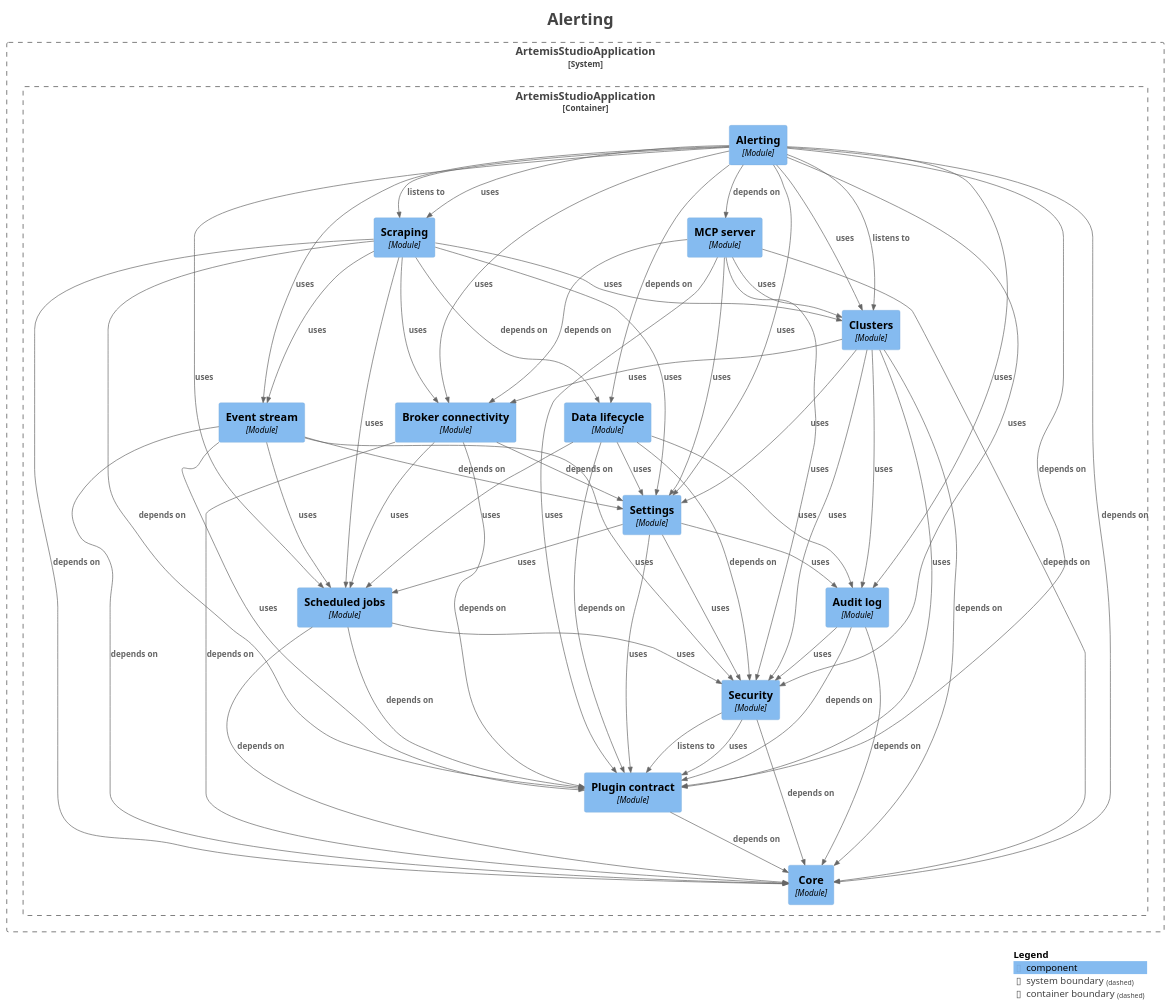
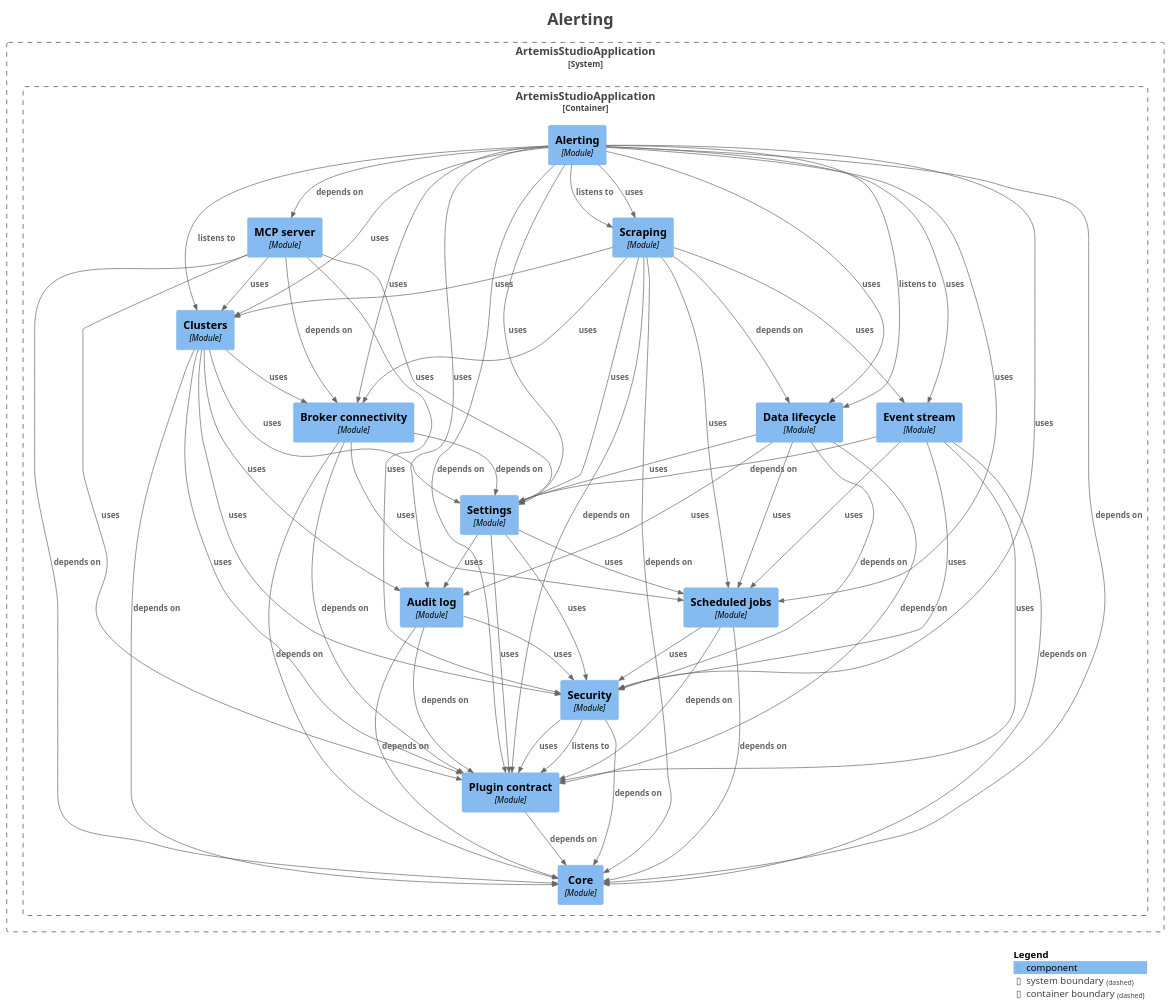
One commit to sudoitir/artemis-studio changed the diagram in docs/modules/module-feature.alerting.puml. Above: the diagram before and after it, drawn with PlantUML. The commit also changed 38 other files, not shown here.

```diff
--- a/docs/modules/module-feature.alerting.puml
+++ b/docs/modules/module-feature.alerting.puml
@@ -1,102 +1,103 @@
 @startuml
 title <size:24>Alerting</size>
 
 set separator none
 top to bottom direction
 
 <style>
   root {
     BackgroundColor: #ffffff
     FontColor: #444444
   }
 </style>
 
 !include <C4/C4>
 !include <C4/C4_Context>
 !include <C4/C4_Component>
 
 System_Boundary("ArtemisStudioApplication_boundary", "ArtemisStudioApplication", $tags="") {
   Container_Boundary("ArtemisStudioApplication.ArtemisStudioApplication_boundary", "ArtemisStudioApplication", $tags="") {
     Component(ArtemisStudioApplication.ArtemisStudioApplication.Settings, "Settings", $techn="Module", $descr="", $tags="", $link="")
     Component(ArtemisStudioApplication.ArtemisStudioApplication.Datalifecycle, "Data lifecycle", $techn="Module", $descr="", $tags="", $link="")
     Component(ArtemisStudioApplication.ArtemisStudioApplication.Eventstream, "Event stream", $techn="Module", $descr="", $tags="", $link="")
     Component(ArtemisStudioApplication.ArtemisStudioApplication.Brokerconnectivity, "Broker connectivity", $techn="Module", $descr="", $tags="", $link="")
     Component(ArtemisStudioApplication.ArtemisStudioApplication.Clusters, "Clusters", $techn="Module", $descr="", $tags="", $link="")
     Component(ArtemisStudioApplication.ArtemisStudioApplication.MCPserver, "MCP server", $techn="Module", $descr="", $tags="", $link="")
     Component(ArtemisStudioApplication.ArtemisStudioApplication.Scraping, "Scraping", $techn="Module", $descr="", $tags="", $link="")
     Component(ArtemisStudioApplication.ArtemisStudioApplication.Alerting, "Alerting", $techn="Module", $descr="", $tags="", $link="")
     Component(ArtemisStudioApplication.ArtemisStudioApplication.Core, "Core", $techn="Module", $descr="", $tags="", $link="")
     Component(ArtemisStudioApplication.ArtemisStudioApplication.Plugincontract, "Plugin contract", $techn="Module", $descr="", $tags="", $link="")
     Component(ArtemisStudioApplication.ArtemisStudioApplication.Security, "Security", $techn="Module", $descr="", $tags="", $link="")
     Component(ArtemisStudioApplication.ArtemisStudioApplication.Auditlog, "Audit log", $techn="Module", $descr="", $tags="", $link="")
     Component(ArtemisStudioApplication.ArtemisStudioApplication.Scheduledjobs, "Scheduled jobs", $techn="Module", $descr="", $tags="", $link="")
   }
 
 }
 
 Rel(ArtemisStudioApplication.ArtemisStudioApplication.Alerting, ArtemisStudioApplication.ArtemisStudioApplication.Auditlog, "uses", $techn="", $tags="", $link="")
 Rel(ArtemisStudioApplication.ArtemisStudioApplication.Alerting, ArtemisStudioApplication.ArtemisStudioApplication.Brokerconnectivity, "uses", $techn="", $tags="", $link="")
 Rel(ArtemisStudioApplication.ArtemisStudioApplication.Alerting, ArtemisStudioApplication.ArtemisStudioApplication.Clusters, "listens to", $techn="", $tags="", $link="")
 Rel(ArtemisStudioApplication.ArtemisStudioApplication.Alerting, ArtemisStudioApplication.ArtemisStudioApplication.Clusters, "uses", $techn="", $tags="", $link="")
 Rel(ArtemisStudioApplication.ArtemisStudioApplication.Alerting, ArtemisStudioApplication.ArtemisStudioApplication.Core, "depends on", $techn="", $tags="", $link="")
-Rel(ArtemisStudioApplication.ArtemisStudioApplication.Alerting, ArtemisStudioApplication.ArtemisStudioApplication.Datalifecycle, "depends on", $techn="", $tags="", $link="")
+Rel(ArtemisStudioApplication.ArtemisStudioApplication.Alerting, ArtemisStudioApplication.ArtemisStudioApplication.Datalifecycle, "listens to", $techn="", $tags="", $link="")
+Rel(ArtemisStudioApplication.ArtemisStudioApplication.Alerting, ArtemisStudioApplication.ArtemisStudioApplication.Datalifecycle, "uses", $techn="", $tags="", $link="")
 Rel(ArtemisStudioApplication.ArtemisStudioApplication.Alerting, ArtemisStudioApplication.ArtemisStudioApplication.Eventstream, "uses", $techn="", $tags="", $link="")
 Rel(ArtemisStudioApplication.ArtemisStudioApplication.Alerting, ArtemisStudioApplication.ArtemisStudioApplication.MCPserver, "depends on", $techn="", $tags="", $link="")
 Rel(ArtemisStudioApplication.ArtemisStudioApplication.Alerting, ArtemisStudioApplication.ArtemisStudioApplication.Plugincontract, "depends on", $techn="", $tags="", $link="")
 Rel(ArtemisStudioApplication.ArtemisStudioApplication.Alerting, ArtemisStudioApplication.ArtemisStudioApplication.Scheduledjobs, "uses", $techn="", $tags="", $link="")
 Rel(ArtemisStudioApplication.ArtemisStudioApplication.Alerting, ArtemisStudioApplication.ArtemisStudioApplication.Scraping, "listens to", $techn="", $tags="", $link="")
 Rel(ArtemisStudioApplication.ArtemisStudioApplication.Alerting, ArtemisStudioApplication.ArtemisStudioApplication.Scraping, "uses", $techn="", $tags="", $link="")
 Rel(ArtemisStudioApplication.ArtemisStudioApplication.Alerting, ArtemisStudioApplication.ArtemisStudioApplication.Security, "uses", $techn="", $tags="", $link="")
 Rel(ArtemisStudioApplication.ArtemisStudioApplication.Alerting, ArtemisStudioApplication.ArtemisStudioApplication.Settings, "uses", $techn="", $tags="", $link="")
 Rel(ArtemisStudioApplication.ArtemisStudioApplication.Auditlog, ArtemisStudioApplication.ArtemisStudioApplication.Core, "depends on", $techn="", $tags="", $link="")
 Rel(ArtemisStudioApplication.ArtemisStudioApplication.Auditlog, ArtemisStudioApplication.ArtemisStudioApplication.Plugincontract, "depends on", $techn="", $tags="", $link="")
 Rel(ArtemisStudioApplication.ArtemisStudioApplication.Auditlog, ArtemisStudioApplication.ArtemisStudioApplication.Security, "uses", $techn="", $tags="", $link="")
 Rel(ArtemisStudioApplication.ArtemisStudioApplication.Brokerconnectivity, ArtemisStudioApplication.ArtemisStudioApplication.Core, "depends on", $techn="", $tags="", $link="")
 Rel(ArtemisStudioApplication.ArtemisStudioApplication.Brokerconnectivity, ArtemisStudioApplication.ArtemisStudioApplication.Plugincontract, "depends on", $techn="", $tags="", $link="")
 Rel(ArtemisStudioApplication.ArtemisStudioApplication.Brokerconnectivity, ArtemisStudioApplication.ArtemisStudioApplication.Scheduledjobs, "uses", $techn="", $tags="", $link="")
 Rel(ArtemisStudioApplication.ArtemisStudioApplication.Brokerconnectivity, ArtemisStudioApplication.ArtemisStudioApplication.Settings, "depends on", $techn="", $tags="", $link="")
 Rel(ArtemisStudioApplication.ArtemisStudioApplication.Clusters, ArtemisStudioApplication.ArtemisStudioApplication.Auditlog, "uses", $techn="", $tags="", $link="")
 Rel(ArtemisStudioApplication.ArtemisStudioApplication.Clusters, ArtemisStudioApplication.ArtemisStudioApplication.Brokerconnectivity, "uses", $techn="", $tags="", $link="")
 Rel(ArtemisStudioApplication.ArtemisStudioApplication.Clusters, ArtemisStudioApplication.ArtemisStudioApplication.Core, "depends on", $techn="", $tags="", $link="")
 Rel(ArtemisStudioApplication.ArtemisStudioApplication.Clusters, ArtemisStudioApplication.ArtemisStudioApplication.Plugincontract, "uses", $techn="", $tags="", $link="")
 Rel(ArtemisStudioApplication.ArtemisStudioApplication.Clusters, ArtemisStudioApplication.ArtemisStudioApplication.Security, "uses", $techn="", $tags="", $link="")
 Rel(ArtemisStudioApplication.ArtemisStudioApplication.Clusters, ArtemisStudioApplication.ArtemisStudioApplication.Settings, "uses", $techn="", $tags="", $link="")
 Rel(ArtemisStudioApplication.ArtemisStudioApplication.Datalifecycle, ArtemisStudioApplication.ArtemisStudioApplication.Auditlog, "uses", $techn="", $tags="", $link="")
 Rel(ArtemisStudioApplication.ArtemisStudioApplication.Datalifecycle, ArtemisStudioApplication.ArtemisStudioApplication.Plugincontract, "depends on", $techn="", $tags="", $link="")
 Rel(ArtemisStudioApplication.ArtemisStudioApplication.Datalifecycle, ArtemisStudioApplication.ArtemisStudioApplication.Scheduledjobs, "uses", $techn="", $tags="", $link="")
 Rel(ArtemisStudioApplication.ArtemisStudioApplication.Datalifecycle, ArtemisStudioApplication.ArtemisStudioApplication.Security, "depends on", $techn="", $tags="", $link="")
 Rel(ArtemisStudioApplication.ArtemisStudioApplication.Datalifecycle, ArtemisStudioApplication.ArtemisStudioApplication.Settings, "uses", $techn="", $tags="", $link="")
 Rel(ArtemisStudioApplication.ArtemisStudioApplication.Eventstream, ArtemisStudioApplication.ArtemisStudioApplication.Core, "depends on", $techn="", $tags="", $link="")
 Rel(ArtemisStudioApplication.ArtemisStudioApplication.Eventstream, ArtemisStudioApplication.ArtemisStudioApplication.Plugincontract, "uses", $techn="", $tags="", $link="")
 Rel(ArtemisStudioApplication.ArtemisStudioApplication.Eventstream, ArtemisStudioApplication.ArtemisStudioApplication.Scheduledjobs, "uses", $techn="", $tags="", $link="")
 Rel(ArtemisStudioApplication.ArtemisStudioApplication.Eventstream, ArtemisStudioApplication.ArtemisStudioApplication.Security, "uses", $techn="", $tags="", $link="")
 Rel(ArtemisStudioApplication.ArtemisStudioApplication.Eventstream, ArtemisStudioApplication.ArtemisStudioApplication.Settings, "depends on", $techn="", $tags="", $link="")
 Rel(ArtemisStudioApplication.ArtemisStudioApplication.MCPserver, ArtemisStudioApplication.ArtemisStudioApplication.Brokerconnectivity, "depends on", $techn="", $tags="", $link="")
 Rel(ArtemisStudioApplication.ArtemisStudioApplication.MCPserver, ArtemisStudioApplication.ArtemisStudioApplication.Clusters, "uses", $techn="", $tags="", $link="")
 Rel(ArtemisStudioApplication.ArtemisStudioApplication.MCPserver, ArtemisStudioApplication.ArtemisStudioApplication.Core, "depends on", $techn="", $tags="", $link="")
 Rel(ArtemisStudioApplication.ArtemisStudioApplication.MCPserver, ArtemisStudioApplication.ArtemisStudioApplication.Plugincontract, "uses", $techn="", $tags="", $link="")
 Rel(ArtemisStudioApplication.ArtemisStudioApplication.MCPserver, ArtemisStudioApplication.ArtemisStudioApplication.Security, "uses", $techn="", $tags="", $link="")
 Rel(ArtemisStudioApplication.ArtemisStudioApplication.MCPserver, ArtemisStudioApplication.ArtemisStudioApplication.Settings, "uses", $techn="", $tags="", $link="")
 Rel(ArtemisStudioApplication.ArtemisStudioApplication.Plugincontract, ArtemisStudioApplication.ArtemisStudioApplication.Core, "depends on", $techn="", $tags="", $link="")
 Rel(ArtemisStudioApplication.ArtemisStudioApplication.Scheduledjobs, ArtemisStudioApplication.ArtemisStudioApplication.Core, "depends on", $techn="", $tags="", $link="")
 Rel(ArtemisStudioApplication.ArtemisStudioApplication.Scheduledjobs, ArtemisStudioApplication.ArtemisStudioApplication.Plugincontract, "depends on", $techn="", $tags="", $link="")
 Rel(ArtemisStudioApplication.ArtemisStudioApplication.Scheduledjobs, ArtemisStudioApplication.ArtemisStudioApplication.Security, "uses", $techn="", $tags="", $link="")
 Rel(ArtemisStudioApplication.ArtemisStudioApplication.Scraping, ArtemisStudioApplication.ArtemisStudioApplication.Brokerconnectivity, "uses", $techn="", $tags="", $link="")
 Rel(ArtemisStudioApplication.ArtemisStudioApplication.Scraping, ArtemisStudioApplication.ArtemisStudioApplication.Clusters, "uses", $techn="", $tags="", $link="")
 Rel(ArtemisStudioApplication.ArtemisStudioApplication.Scraping, ArtemisStudioApplication.ArtemisStudioApplication.Core, "depends on", $techn="", $tags="", $link="")
 Rel(ArtemisStudioApplication.ArtemisStudioApplication.Scraping, ArtemisStudioApplication.ArtemisStudioApplication.Datalifecycle, "depends on", $techn="", $tags="", $link="")
 Rel(ArtemisStudioApplication.ArtemisStudioApplication.Scraping, ArtemisStudioApplication.ArtemisStudioApplication.Eventstream, "uses", $techn="", $tags="", $link="")
 Rel(ArtemisStudioApplication.ArtemisStudioApplication.Scraping, ArtemisStudioApplication.ArtemisStudioApplication.Plugincontract, "depends on", $techn="", $tags="", $link="")
 Rel(ArtemisStudioApplication.ArtemisStudioApplication.Scraping, ArtemisStudioApplication.ArtemisStudioApplication.Scheduledjobs, "uses", $techn="", $tags="", $link="")
 Rel(ArtemisStudioApplication.ArtemisStudioApplication.Scraping, ArtemisStudioApplication.ArtemisStudioApplication.Settings, "uses", $techn="", $tags="", $link="")
 Rel(ArtemisStudioApplication.ArtemisStudioApplication.Security, ArtemisStudioApplication.ArtemisStudioApplication.Core, "depends on", $techn="", $tags="", $link="")
 Rel(ArtemisStudioApplication.ArtemisStudioApplication.Security, ArtemisStudioApplication.ArtemisStudioApplication.Plugincontract, "listens to", $techn="", $tags="", $link="")
 Rel(ArtemisStudioApplication.ArtemisStudioApplication.Security, ArtemisStudioApplication.ArtemisStudioApplication.Plugincontract, "uses", $techn="", $tags="", $link="")
 Rel(ArtemisStudioApplication.ArtemisStudioApplication.Settings, ArtemisStudioApplication.ArtemisStudioApplication.Auditlog, "uses", $techn="", $tags="", $link="")
 Rel(ArtemisStudioApplication.ArtemisStudioApplication.Settings, ArtemisStudioApplication.ArtemisStudioApplication.Plugincontract, "uses", $techn="", $tags="", $link="")
 Rel(ArtemisStudioApplication.ArtemisStudioApplication.Settings, ArtemisStudioApplication.ArtemisStudioApplication.Scheduledjobs, "uses", $techn="", $tags="", $link="")
 Rel(ArtemisStudioApplication.ArtemisStudioApplication.Settings, ArtemisStudioApplication.ArtemisStudioApplication.Security, "uses", $techn="", $tags="", $link="")
 
 SHOW_LEGEND(true)
 hide stereotypes
 @enduml
```
